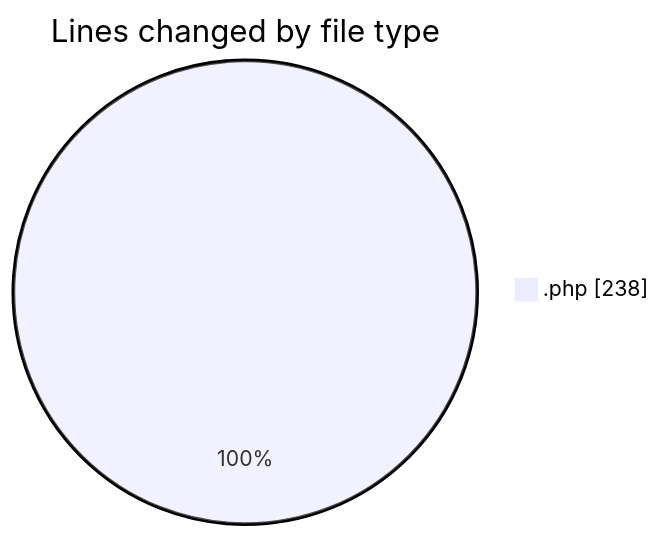
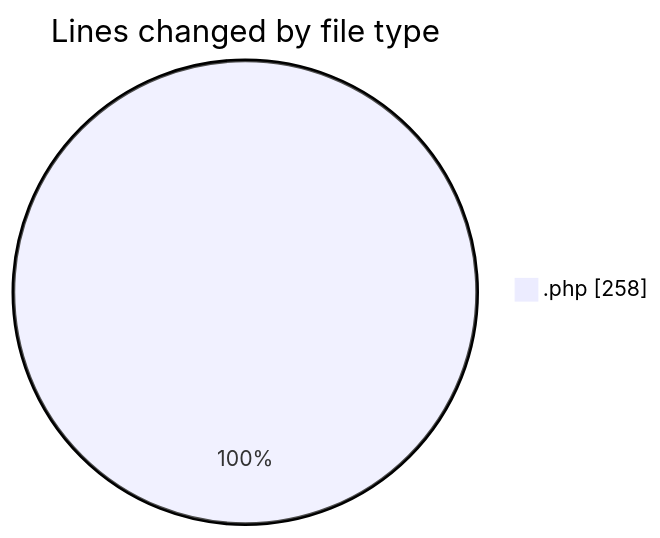
The first of 2 diagrams in 2025-01-24/web/README.md (LanceThiago/code-tracking), drawn with Mermaid before and after one commit. The commit also changed other lines of this file and 1 other file, not shown here.

````diff
--- a/2025-01-24/web/README.md
+++ b/2025-01-24/web/README.md
@@ -20,5 +20,5 @@
 ```mermaid
 pie showData
 title Lines changed by file type
-".php" : 238
+".php" : 258
 ```
````
